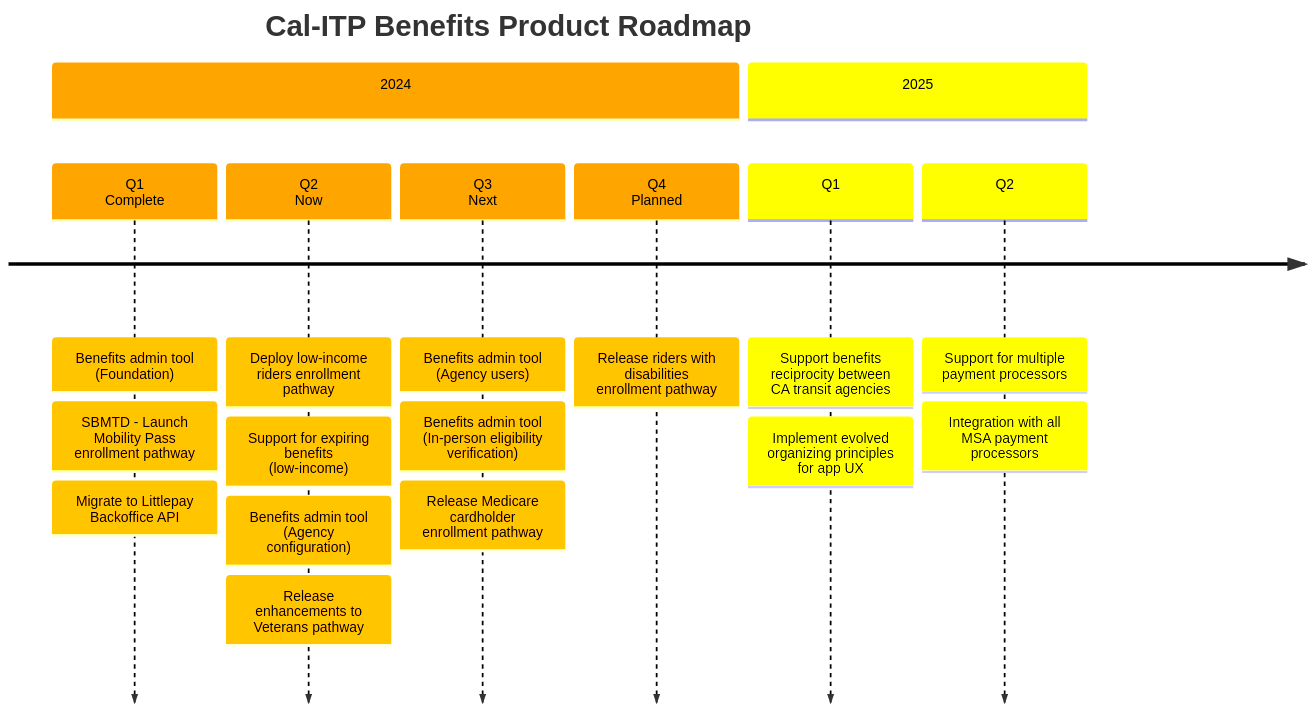
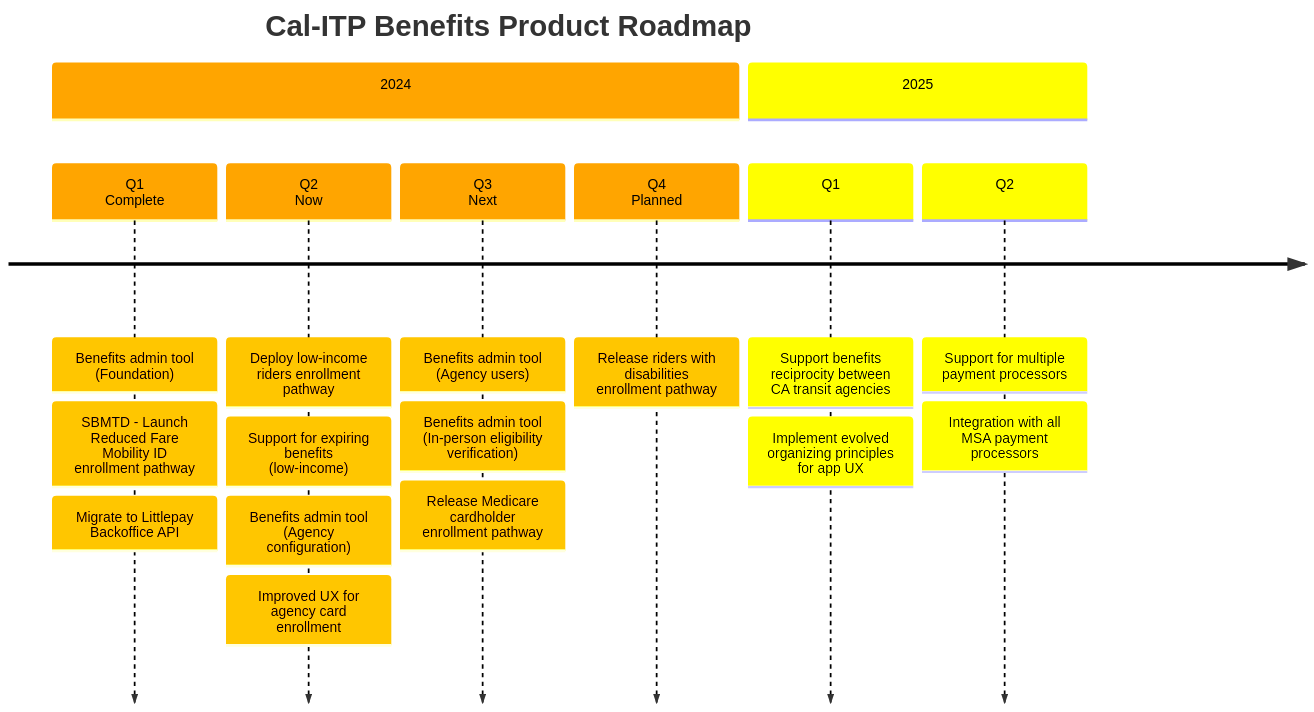
One commit to cal-itp/benefits changed the diagram in docs/enrollment-pathways/README.md. Above: the diagram before and after it, drawn with Mermaid. The commit also changed other lines of this file, not shown here.

Commit message:
Q2 Benefits product roadmap updates
- Commented out our milestone to enhance the Veterans pathway. The timeline for additional attributes to verify Veteran eligibility is unclear.
- Added milestone to capture effort to improve UX for the agency card flow.
- Updated the name of the SBMTD Mobility Pass to Reduced Fare Mobility ID.
- Moved diagram styling to the end of the code block, as I was seeing a syntax error in another editor when it was placed before the Mermaid diagram type.

````diff
--- a/docs/enrollment-pathways/README.md
+++ b/docs/enrollment-pathways/README.md
@@ -19,53 +19,53 @@
 ```mermaid
 timeline
----
-title Cal-ITP Benefits Product Roadmap
-----
-%%{
-    init: {
-        'logLevel': 'debug',
-        'theme': 'default' ,
-        'themeVariables': {
-            'cScale0': '#ffa500', 'cScaleLabel0': '#000000',
-            'cScale1': '#ffff00', 'cScaleLabel1': '#000000',
-            'cScale2': '#ffff00', 'cScaleLabel2': '#000000',
-            'cScale3': '#008000', 'cScaleLabel3': '#ffffff',
-            'cScale4': '#0000ff', 'cScaleLabel4': '#ffffff',
-            'cScale5': '#4b0082', 'cScaleLabel5': '#ffffff',
-            'cScale6': '#000000', 'cScaleLabel6': '#ffffff'
-        }
-    }
-}%%
+    title Cal-ITP Benefits Product Roadmap
 %% Cal-ITP Benefits Epics (2024)
           section 2024
 
           Q1<br>Complete
           : Benefits admin tool (Foundation)
-          : SBMTD - Launch Mobility Pass enrollment pathway
+          : SBMTD - Launch Reduced Fare Mobility ID enrollment pathway
           : Migrate to Littlepay Backoffice API
 
           Q2<br>Now
           : Deploy low-income riders enrollment pathway
           : Support for expiring benefits (low-income)
           : Benefits admin tool (Agency configuration)
-          : Release enhancements to Veterans pathway
+          : Improved UX for agency card enrollment  
+          %% : Release enhancements to Veterans pathway
 
           Q3<br>Next
           : Benefits admin tool (Agency users)
           : Benefits admin tool (In-person eligibility verification)
           : Release Medicare cardholder enrollment pathway
 
           Q4<br>Planned
           : Release riders with disabilities enrollment pathway
 
 %% Cal-ITP Benefits Epics (2025)
           section 2025
 
           Q1
           : Support benefits reciprocity between CA transit agencies
           : Implement evolved organizing principles for app UX
 
           Q2
           : Support for multiple payment processors
           : Integration with all MSA payment processors
+
+%%{
+    init: {
+        'logLevel': 'debug',
+        'theme': 'default' ,
+        'themeVariables': {
+            'cScale0': '#ffa500', 'cScaleLabel0': '#000000',
+            'cScale1': '#ffff00', 'cScaleLabel1': '#000000',
+            'cScale2': '#ffff00', 'cScaleLabel2': '#000000',
+            'cScale3': '#008000', 'cScaleLabel3': '#ffffff',
+            'cScale4': '#0000ff', 'cScaleLabel4': '#ffffff',
+            'cScale5': '#4b0082', 'cScaleLabel5': '#ffffff',
+            'cScale6': '#000000', 'cScaleLabel6': '#ffffff'
+        }
+    }
+}%%
 ```
````
